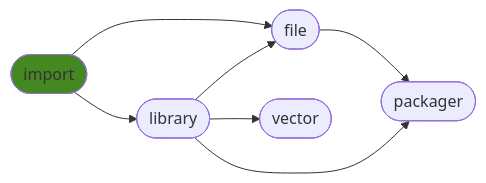
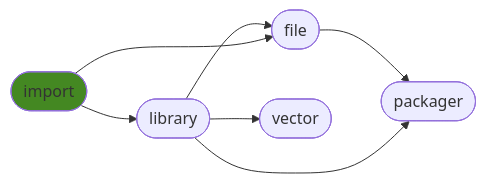
One commit to ManderaGeneral/generalimport changed the diagram in README.md. Above: the diagram before and after it, drawn with Mermaid. The commit also changed other lines of this file and 1 other file, not shown here.

````diff
--- a/README.md
+++ b/README.md
@@ -28,15 +28,15 @@
 ```mermaid
 flowchart LR
+1([library]) --> 3([vector])
+0([import]) --> 1([library])
+1([library]) --> 2([file])
+0([import]) --> 2([file])
 2([file]) --> 4([packager])
-1([library]) --> 2([file])
-1([library]) --> 3([vector])
 1([library]) --> 4([packager])
-0([import]) --> 2([file])
-0([import]) --> 1([library])
 click 0 "https://github.com/ManderaGeneral/generalimport"
 click 1 "https://github.com/ManderaGeneral/generallibrary"
 click 2 "https://github.com/ManderaGeneral/generalfile"
 click 3 "https://github.com/ManderaGeneral/generalvector"
 click 4 "https://github.com/ManderaGeneral/generalpackager"
 style 0 fill:#482
 ```
````
